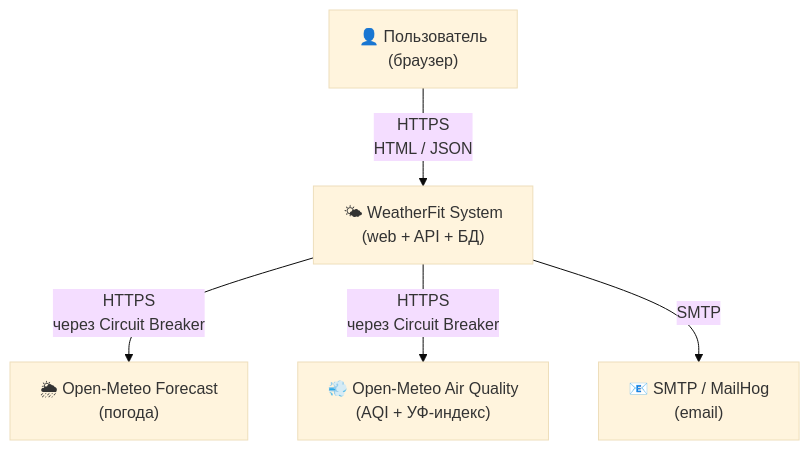
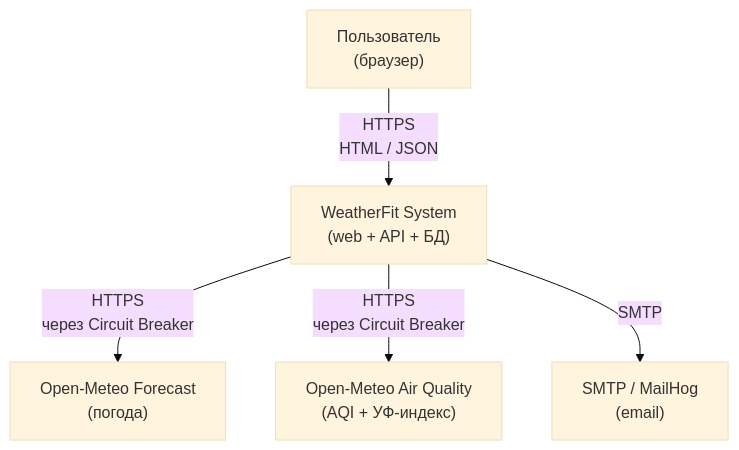
One commit to dsctannie/weatherfit changed the first of 5 diagrams in README.md. Above: the diagram before and after it, drawn with Mermaid (base theme). The commit also changed other lines of this file, not shown here.

````diff
--- a/README.md
+++ b/README.md
@@ -426,13 +426,13 @@
 ```mermaid
 graph TB
-    User["👤 Пользователь<br/>(браузер)"]
-    System["🌤 WeatherFit System<br/>(web + API + БД)"]
-    Forecast["🌦 Open-Meteo Forecast<br/>(погода)"]
-    AirQuality["💨 Open-Meteo Air Quality<br/>(AQI + УФ-индекс)"]
-    SMTP["📧 SMTP / MailHog<br/>(email)"]
+    User[" Пользователь<br/>(браузер)"]
+    System[" WeatherFit System<br/>(web + API + БД)"]
+    Forecast[" Open-Meteo Forecast<br/>(погода)"]
+    AirQuality[" Open-Meteo Air Quality<br/>(AQI + УФ-индекс)"]
+    SMTP[" SMTP / MailHog<br/>(email)"]
 
     User -->|HTTPS<br/>HTML / JSON| System
     System -->|HTTPS<br/>через Circuit Breaker| Forecast
     System -->|HTTPS<br/>через Circuit Breaker| AirQuality
     System -->|SMTP| SMTP
 ```
````
